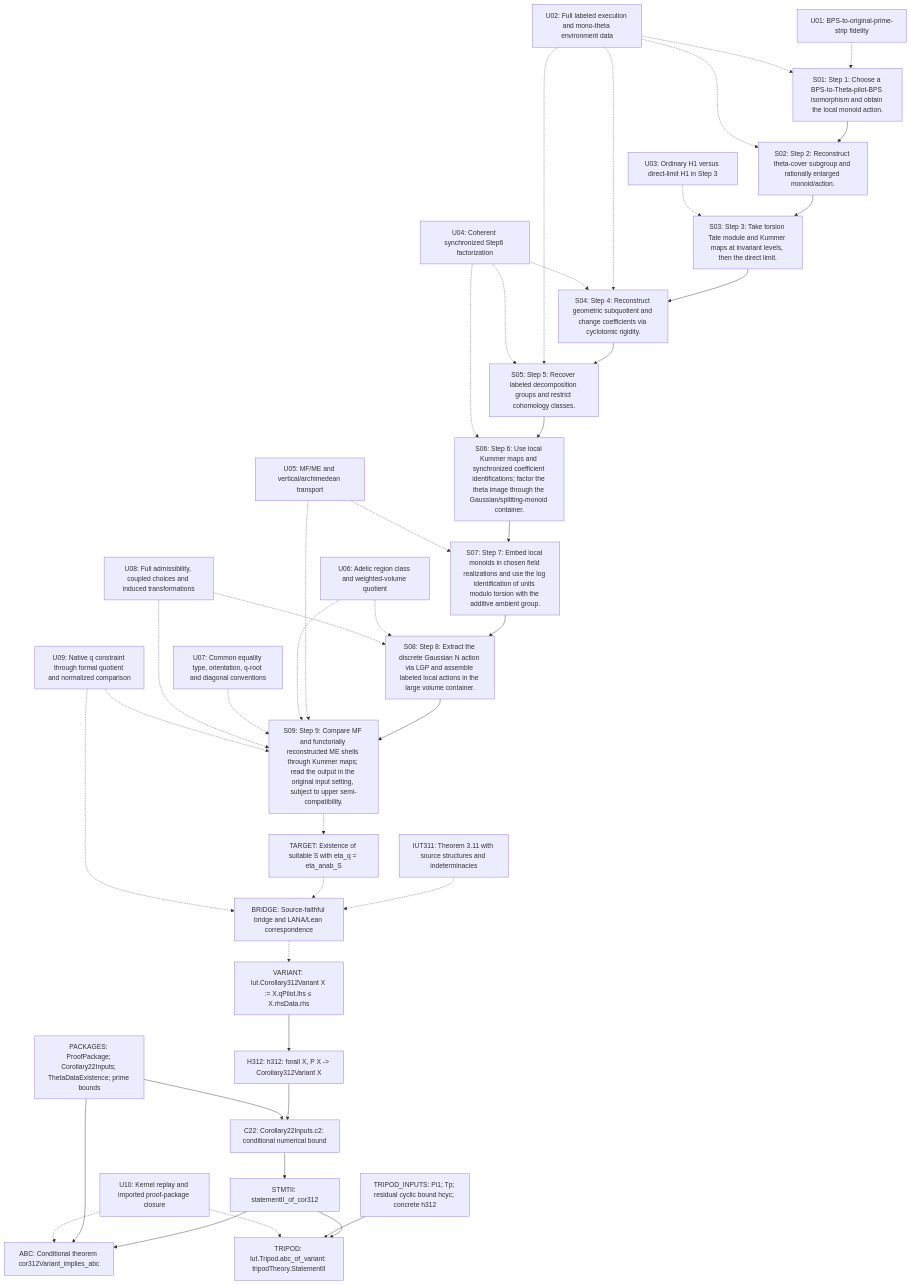
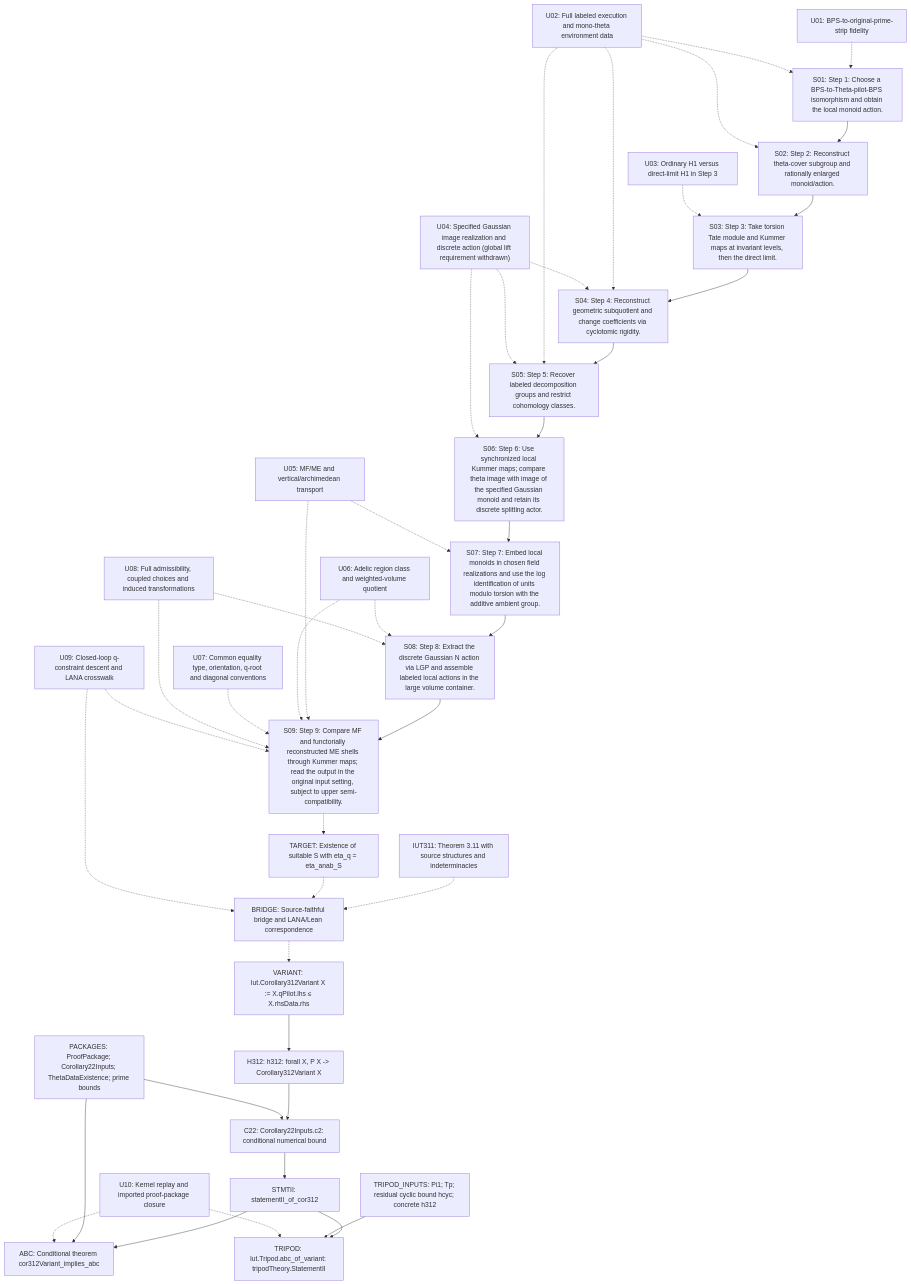
Before and after one commit to MoheetBrain/iut-bridge-audit: the diagram in research/02_eta_reconstruction/DEPENDENCY_DAG.md, drawn with Mermaid. The commit also changed other lines of this file and 54 other files, not shown here.

Commit message:
Audit Stage 3.5 closed-loop fidelity and correct Step 6 lift requirement

````diff
--- a/research/02_eta_reconstruction/DEPENDENCY_DAG.md
+++ b/research/02_eta_reconstruction/DEPENDENCY_DAG.md
@@ -5,73 +5,73 @@
 ```mermaid
 flowchart TD
   U01["U01: BPS-to-original-prime-strip fidelity"]
   U02["U02: Full labeled execution and mono-theta environment data"]
   U03["U03: Ordinary H1 versus direct-limit H1 in Step 3"]
-  U04["U04: Coherent synchronized Step6 factorization"]
+  U04["U04: Specified Gaussian image realization and discrete action (global lift requirement withdrawn)"]
   U05["U05: MF/ME and vertical/archimedean transport"]
   U06["U06: Adelic region class and weighted-volume quotient"]
   U07["U07: Common equality type, orientation, q-root and diagonal conventions"]
   U08["U08: Full admissibility, coupled choices and induced transformations"]
-  U09["U09: Native q constraint through formal quotient and normalized comparison"]
+  U09["U09: Closed-loop q-constraint descent and LANA crosswalk"]
   U10["U10: Kernel replay and imported proof-package closure"]
   S01["S01: Step 1: Choose a BPS-to-Theta-pilot-BPS isomorphism and obtain the local monoid action."]
   S02["S02: Step 2: Reconstruct theta-cover subgroup and rationally enlarged monoid/action."]
   S03["S03: Step 3: Take torsion Tate module and Kummer maps at invariant levels, then the direct limit."]
   S04["S04: Step 4: Reconstruct geometric subquotient and change coefficients via cyclotomic rigidity."]
   S05["S05: Step 5: Recover labeled decomposition groups and restrict cohomology classes."]
-  S06["S06: Step 6: Use local Kummer maps and synchronized coefficient identifications; factor the theta image through the Gaussian/splitting-monoid container."]
+  S06["S06: Step 6: Use synchronized local Kummer maps; compare theta image with image of the specified Gaussian monoid and retain its discrete splitting actor."]
   S07["S07: Step 7: Embed local monoids in chosen field realizations and use the log identification of units modulo torsion with the additive ambient group."]
   S08["S08: Step 8: Extract the discrete Gaussian N action via LGP and assemble labeled local actions in the large volume container."]
   S09["S09: Step 9: Compare MF and functorially reconstructed ME shells through Kummer maps; read the output in the original input setting, subject to upper semi-compatibility."]
   TARGET["TARGET: Existence of suitable S with eta_q = eta_anab_S"]
   IUT311["IUT311: Theorem 3.11 with source structures and indeterminacies"]
   BRIDGE["BRIDGE: Source-faithful bridge and LANA/Lean correspondence"]
   VARIANT["VARIANT: Iut.Corollary312Variant X := X.qPilot.lhs &le; X.rhsData.rhs"]
   H312["H312: h312: forall X, P X -> Corollary312Variant X"]
   PACKAGES["PACKAGES: ProofPackage; Corollary22Inputs; ThetaDataExistence; prime bounds"]
   C22["C22: Corollary22Inputs.c2: conditional numerical bound"]
   STMTII["STMTII: statementII_of_cor312"]
   ABC["ABC: Conditional theorem cor312Variant_implies_abc"]
   TRIPOD_INPUTS["TRIPOD_INPUTS: Pi1; Tp; residual cyclic bound hcyc; concrete h312"]
   TRIPOD["TRIPOD: Iut.Tripod.abc_of_variant: tripodTheory.StatementII"]
   U01 -.-> S01
   U02 -.-> S01
   S01 --> S02
   U02 -.-> S02
   S02 --> S03
   U03 -.-> S03
   S03 --> S04
   U02 -.-> S04
   U04 -.-> S04
   S04 --> S05
   U02 -.-> S05
   U04 -.-> S05
   S05 --> S06
   U04 -.-> S06
   S06 --> S07
   U05 -.-> S07
   S07 --> S08
   U06 -.-> S08
   U08 -.-> S08
   S08 --> S09
   U05 -.-> S09
   U06 -.-> S09
   U07 -.-> S09
   U08 -.-> S09
   U09 -.-> S09
   S09 -.-> TARGET
   IUT311 -.-> BRIDGE
   TARGET -.-> BRIDGE
   U09 -.-> BRIDGE
   BRIDGE -.-> VARIANT
   VARIANT --> H312
   H312 --> C22
   PACKAGES --> C22
   C22 --> STMTII
   STMTII --> ABC
   PACKAGES --> ABC
   U10 -.-> ABC
   STMTII --> TRIPOD
   TRIPOD_INPUTS --> TRIPOD
   U10 -.-> TRIPOD
 ```
````
